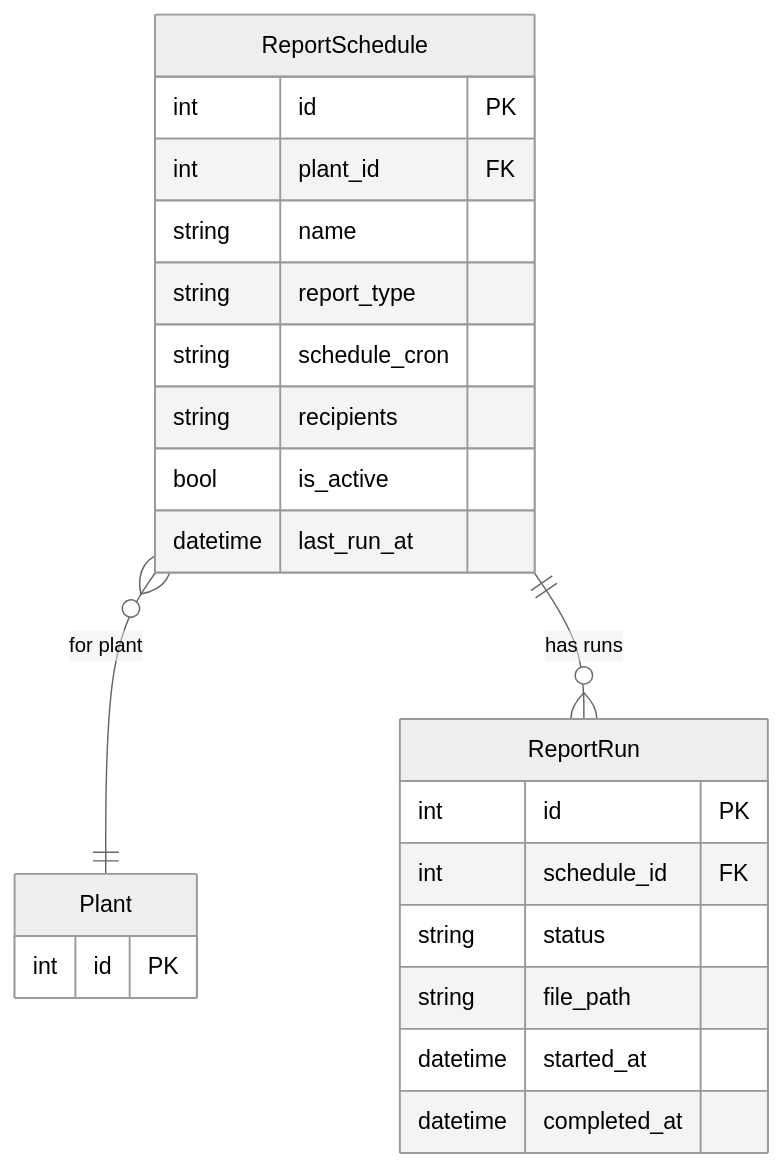
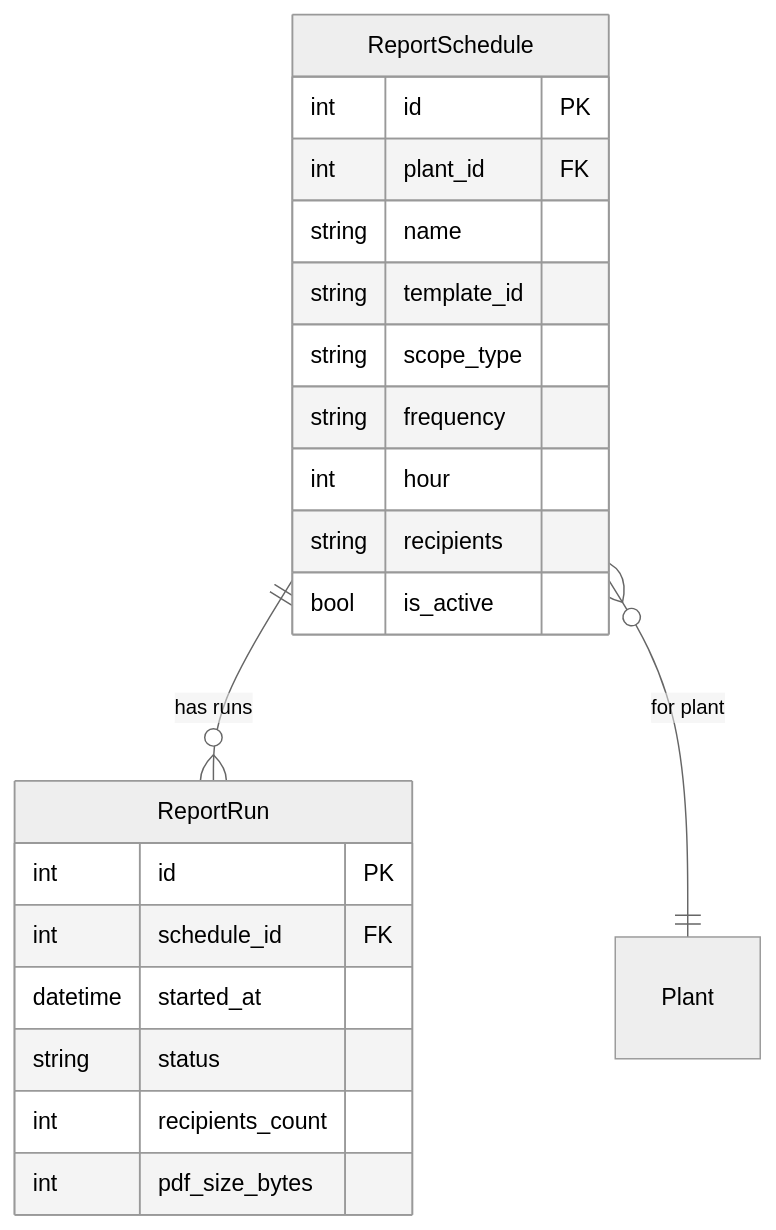
The second of 2 diagrams in .knowledge/features/reporting.md (saturnis-io/cassini), drawn with Mermaid (neutral theme) before and after one commit. The commit also changed other lines of this file and 16 other files, not shown here.

First line of the commit message:
knowledge-graph: regenerate

````diff
--- a/.knowledge/features/reporting.md
+++ b/.knowledge/features/reporting.md
@@ -25,26 +27,24 @@
 ```mermaid
 erDiagram
-    ReportSchedule }o--|| Plant : "for plant"
     ReportSchedule ||--o{ ReportRun : "has runs"
     ReportSchedule {
         int id PK
         int plant_id FK
         string name
-        string report_type
-        string schedule_cron
+        string template_id
+        string scope_type
+        string frequency
+        int hour
         string recipients
         bool is_active
-        datetime last_run_at
     }
     ReportRun {
         int id PK
         int schedule_id FK
+        datetime started_at
         string status
-        string file_path
-        datetime started_at
-        datetime completed_at
+        int recipients_count
+        int pdf_size_bytes
     }
-    Plant {
-        int id PK
-    }
+    ReportSchedule }o--|| Plant : "for plant"
 ```
````
